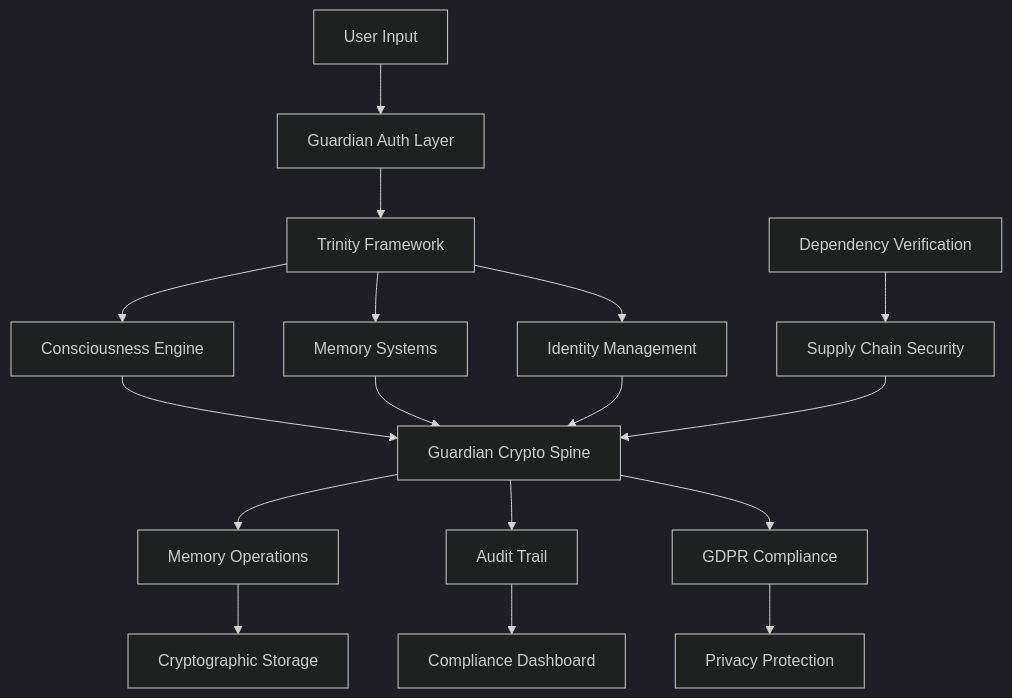
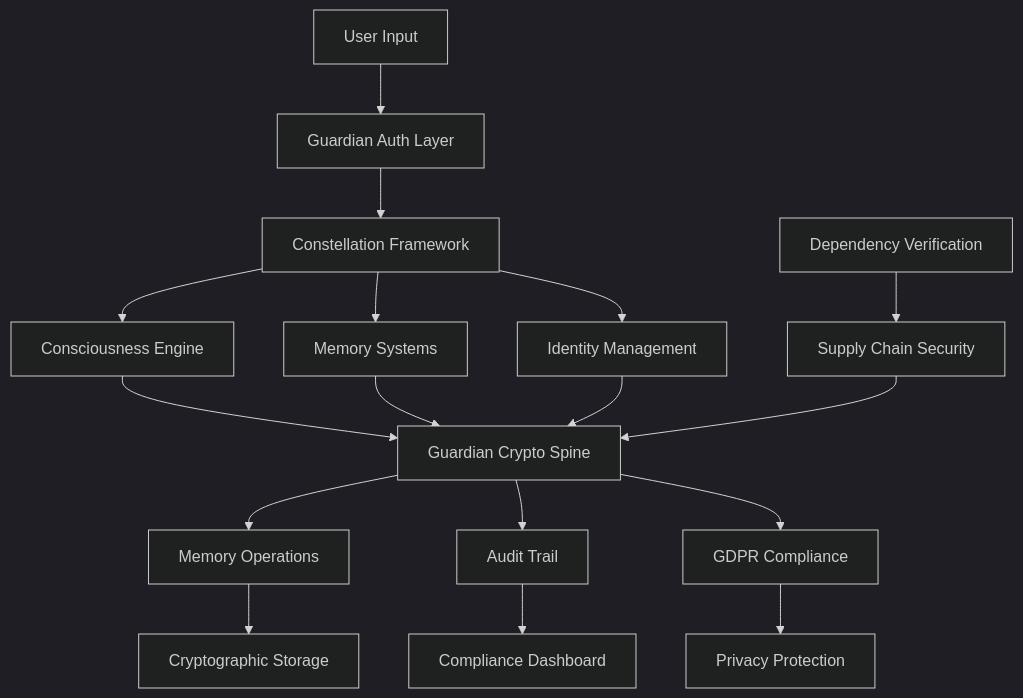
One commit to LukhasAI/Lukhas changed the diagram in docs/security/GUARDIAN_SECURITY_ARCHITECTURE.md. Above: the diagram before and after it, drawn with Mermaid (dark theme). The commit also changed other lines of this file and 1551 other files, not shown here.

````diff
--- a/docs/security/GUARDIAN_SECURITY_ARCHITECTURE.md
+++ b/docs/security/GUARDIAN_SECURITY_ARCHITECTURE.md
@@ -37,23 +37,23 @@
 ```mermaid
 graph TB
     A[User Input] --> B[Guardian Auth Layer]
-    B --> C[Trinity Framework]
+    B --> C[Constellation Framework]
     C --> D[Consciousness Engine]
     C --> E[Memory Systems]
     C --> F[Identity Management]
     
     D --> G[Guardian Crypto Spine]
     E --> G
     F --> G
     
     G --> H[Memory Operations]
     G --> I[Audit Trail]
     G --> J[GDPR Compliance]
     
     H --> K[Cryptographic Storage]
     I --> L[Compliance Dashboard]
     J --> M[Privacy Protection]
     
     N[Supply Chain Security] --> G
     O[Dependency Verification] --> N
 ```
````
